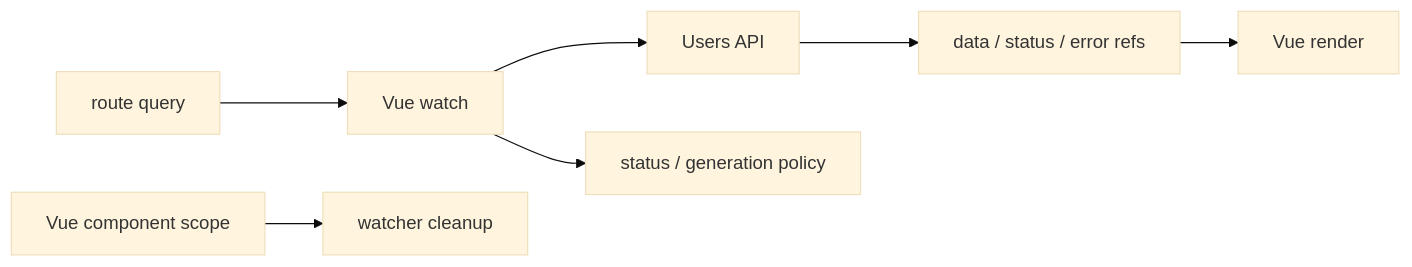
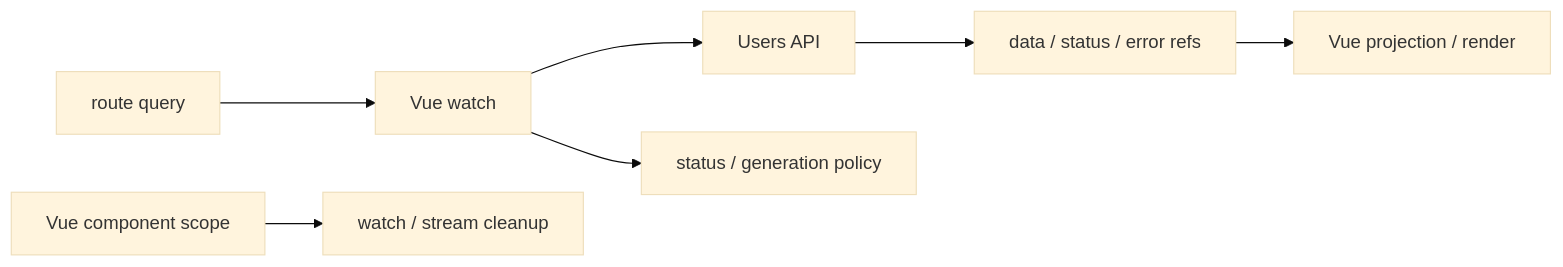
Before and after one commit to Luciano0322/v-tw-talk-2026: the second of 5 diagrams in docs/vue-async-ownership-talk-proposal.md, drawn with Mermaid (base theme). The commit also changed other lines of this file, not shown here.

````diff
--- a/docs/vue-async-ownership-talk-proposal.md
+++ b/docs/vue-async-ownership-talk-proposal.md
@@ -366,9 +522,9 @@
 ```mermaid
 flowchart LR
   Route[route query] --> Watch[Vue watch]
   Watch --> Request[Users API]
   Watch --> Policy[status / generation policy]
   Request --> Refs[data / status / error refs]
-  Refs --> UI[Vue render]
-  VueScope[Vue component scope] --> Cleanup[watcher cleanup]
+  Refs --> UI[Vue projection / render]
+  VueScope[Vue component scope] --> Cleanup[watch / stream cleanup]
 ```
````
